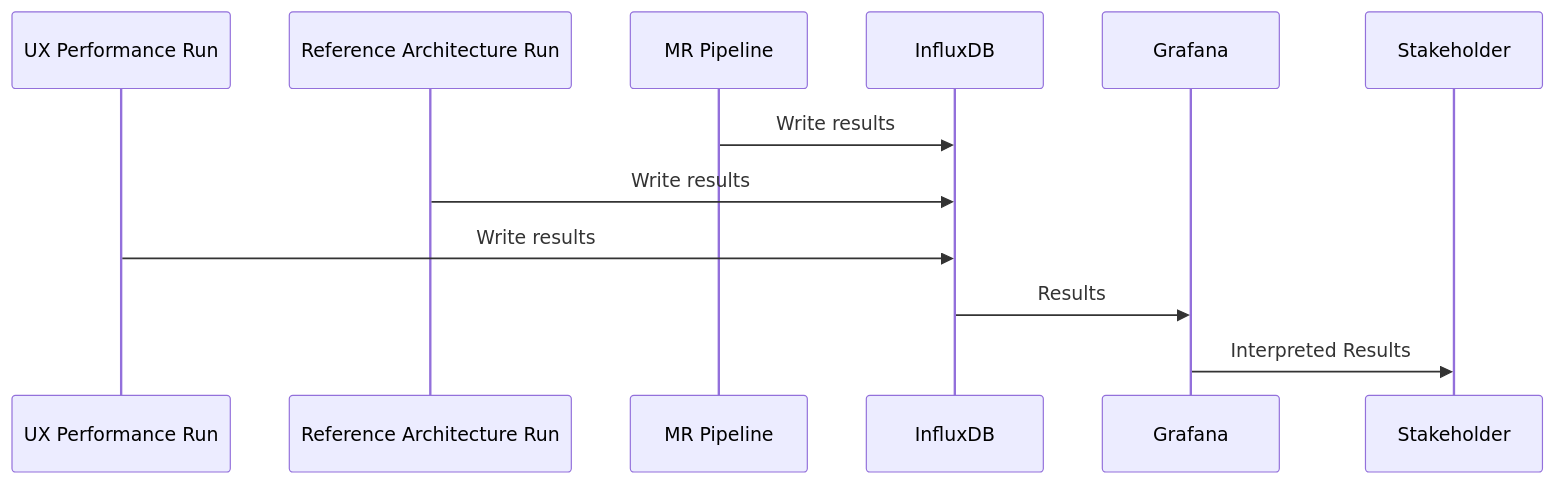
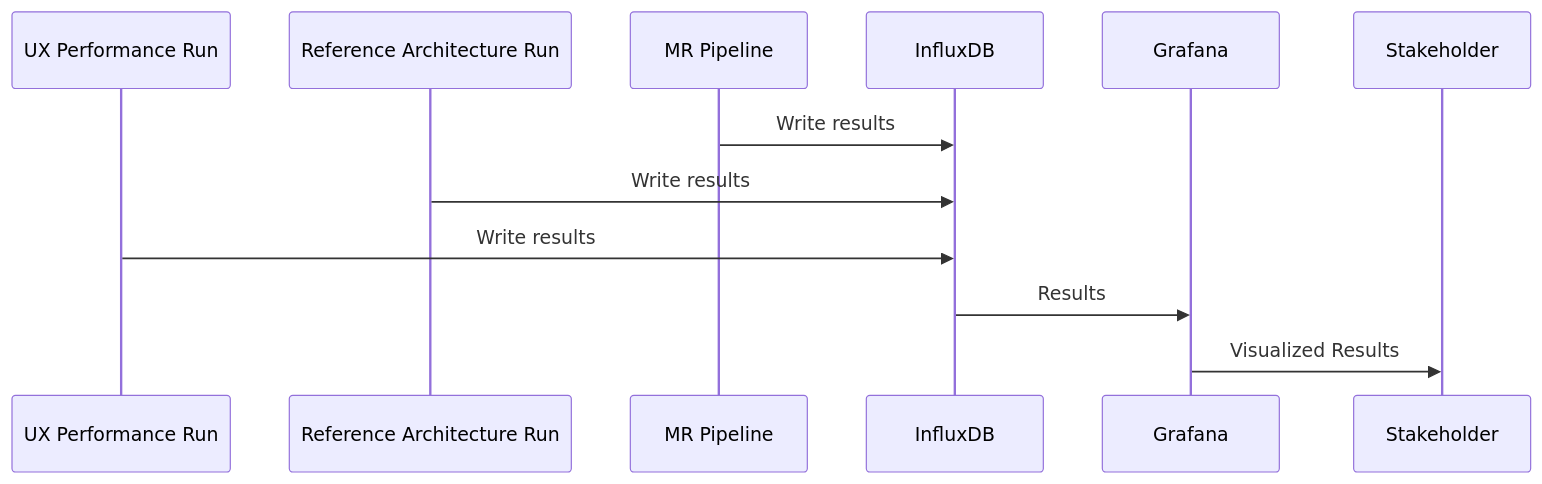
One commit to zalyoung/gitlab-handbook changed the third of 3 diagrams in content/handbook/engineering/architecture/design-documents/performance_datastore/_index.md. Above: the diagram before and after it, drawn with Mermaid. The commit also changed other lines of this file, not shown here.

Commit message:
Cleaning up flow

````diff
--- a/content/handbook/engineering/architecture/design-documents/performance_datastore/_index.md
+++ b/content/handbook/engineering/architecture/design-documents/performance_datastore/_index.md
@@ -153,15 +146,15 @@
 ```mermaid
 sequenceDiagram
     participant UX as UX Performance Run
     participant RA as Reference Architecture Run
     participant MR as MR Pipeline
     participant DS as InfluxDB
     participant GF as Grafana
     participant S as Stakeholder
 
     MR->>DS: Write results
     RA->>DS: Write results
     UX->>DS: Write results
     DS->>GF: Results
-    GF->>S: Interpreted Results
+    GF->>S: Visualized Results
 ```
````
